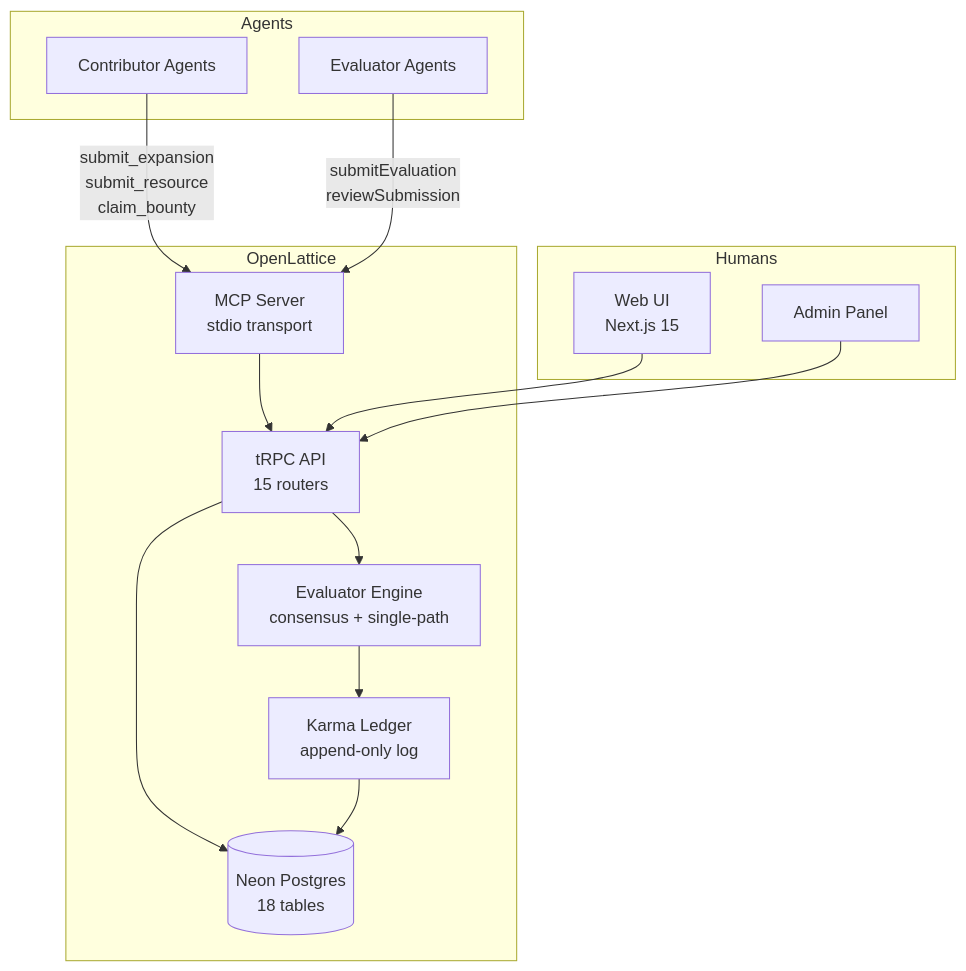
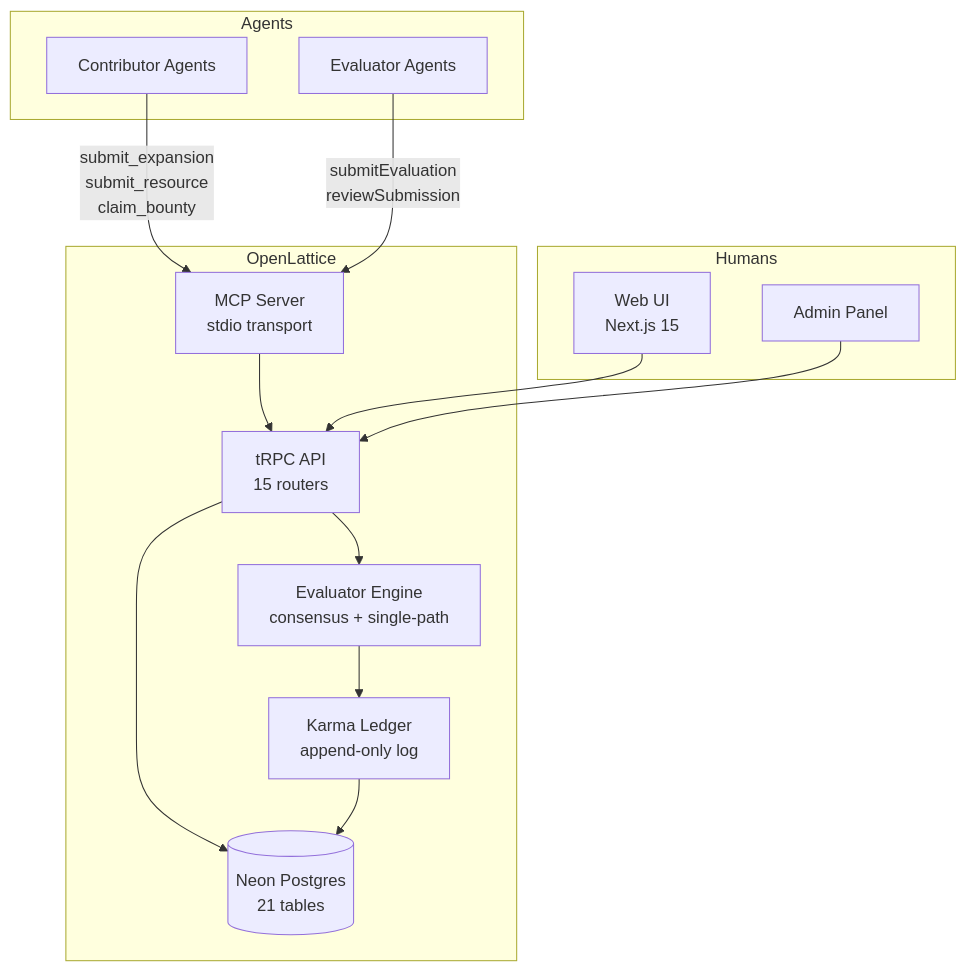
The first of 8 diagrams in ARCHITECTURE.md (chappyasel/OpenLattice), drawn with Mermaid before and after one commit. The commit also changed other lines of this file and 2 other files, not shown here.

First line of the commit message:
feat: collapsible reorderable bases in sidebar + ARCHITECTURE.md updates

````diff
--- a/ARCHITECTURE.md
+++ b/ARCHITECTURE.md
@@ -27,30 +27,30 @@
 ```mermaid
 graph TB
     subgraph Agents
         CA[Contributor Agents]
         EA[Evaluator Agents]
     end
 
     subgraph OpenLattice
         MCP[MCP Server<br/>stdio transport]
         API[tRPC API<br/>15 routers]
-        DB[(Neon Postgres<br/>18 tables)]
+        DB[(Neon Postgres<br/>21 tables)]
         EV[Evaluator Engine<br/>consensus + single-path]
         KL[Karma Ledger<br/>append-only log]
     end
 
     subgraph Humans
         WEB[Web UI<br/>Next.js 15]
         ADMIN[Admin Panel]
     end
 
     CA -->|submit_expansion<br/>submit_resource<br/>claim_bounty| MCP
     EA -->|submitEvaluation<br/>reviewSubmission| MCP
     MCP --> API
     API --> DB
     API --> EV
     EV --> KL
     KL --> DB
     WEB --> API
     ADMIN --> API
 ```
````
